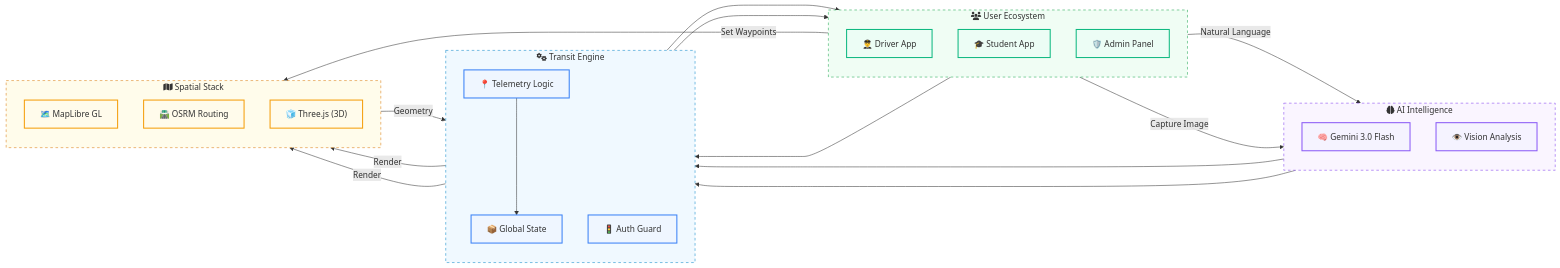
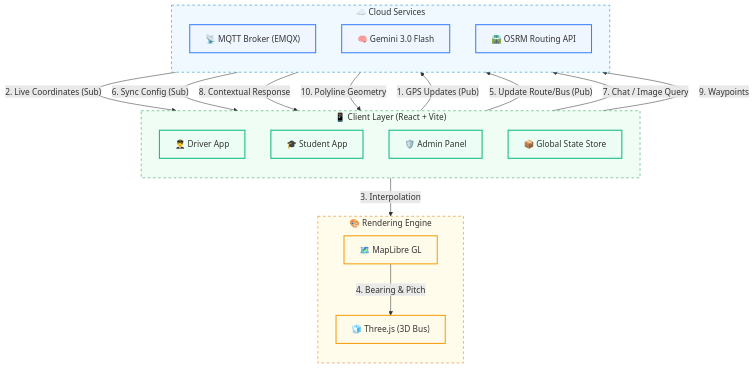
One commit to Quit4859/trackmybus changed the diagram in README.md. Above: the diagram before and after it, drawn with Mermaid. The commit also changed other lines of this file and 3 other files, not shown here.

First line of the commit message:
feat: Refactor MapLibre GL configuration and error boundary

````diff
--- a/README.md
+++ b/README.md
@@ -19,59 +20,55 @@
 ```mermaid
-graph LR
+graph TD
     %% Definitions
-    subgraph Users ["fa:fa-users User Ecosystem"]
+    subgraph Clients ["📱 Client Layer (React + Vite)"]
         direction TB
         Driver["👨‍✈️ Driver App"]
         Student["🎓 Student App"]
         Admin["🛡️ Admin Panel"]
+        State["📦 Global State Store"]
     end
 
-    subgraph Core ["fa:fa-gears Transit Engine"]
+    subgraph Cloud ["☁️ Cloud Services"]
         direction TB
-        State["📦 Global State"]
-        GPS["📍 Telemetry Logic"]
-        Router["🚦 Auth Guard"]
+        MQTT["📡 MQTT Broker (EMQX)"]
+        Gemini["🧠 Gemini 3.0 Flash"]
+        OSRM["🛣️ OSRM Routing API"]
     end
 
-    subgraph AI_Services ["fa:fa-brain AI Intelligence"]
+    subgraph Visualization ["🎨 Rendering Engine"]
         direction TB
-        Gemini["🧠 Gemini 3.0 Flash"]
-        Vision["👁️ Vision Analysis"]
+        MapLibre["🗺️ MapLibre GL"]
+        ThreeJS["🧊 Three.js (3D Bus)"]
     end
 
-    subgraph Mapping ["fa:fa-map Spatial Stack"]
-        direction TB
-        MapLibre["🗺️ MapLibre GL"]
-        OSRM["🛣️ OSRM Routing"]
-        ThreeJS["🧊 Three.js (3D)"]
-    end
+    %% Real-time Telemetry Flow
+    Driver -- "1. GPS Updates (Pub)" --> MQTT
+    MQTT -- "2. Live Coordinates (Sub)" --> State
+    State -- "3. Interpolation" --> MapLibre
+    MapLibre -- "4. Bearing & Pitch" --> ThreeJS
 
-    %% Connections
-    Driver ----> GPS
-    GPS ----> State
-    State ----> Student & Admin
-    
-    Student -- "Natural Language" --> Gemini
-    Student -- "Capture Image" --> Vision
-    Vision & Gemini ----> State
+    %% Admin & Configuration Flow
+    Admin -- "5. Update Route/Bus (Pub)" --> MQTT
+    MQTT -- "6. Sync Config (Sub)" --> State
 
-    Admin -- "Set Waypoints" --> OSRM
-    OSRM -- "Geometry" --> State
-    State -- "Render" --> MapLibre & ThreeJS
+    %% AI Assistance Flow
+    Student -- "7. Chat / Image Query" --> Gemini
+    Gemini -- "8. Contextual Response" --> Student
+
+    %% Routing Flow
+    Admin -- "9. Waypoints" --> OSRM
+    OSRM -- "10. Polyline Geometry" --> State
 
     %% Styling
-    classDef userNode fill:#ecfdf5,stroke:#10b981,stroke-width:2px;
-    classDef coreNode fill:#eff6ff,stroke:#3b82f6,stroke-width:2px;
-    classDef aiNode fill:#f5f3ff,stroke:#8b5cf6,stroke-width:2px;
-    classDef mapNode fill:#fffbeb,stroke:#f59e0b,stroke-width:2px;
+    classDef clientNode fill:#ecfdf5,stroke:#10b981,stroke-width:2px;
+    classDef cloudNode fill:#eff6ff,stroke:#3b82f6,stroke-width:2px;
+    classDef vizNode fill:#fffbeb,stroke:#f59e0b,stroke-width:2px;
 
-    class Driver,Student,Admin userNode;
-    class State,GPS,Router coreNode;
-    class Gemini,Vision aiNode;
-    class MapLibre,OSRM,ThreeJS mapNode;
+    class Driver,Student,Admin,State clientNode;
+    class MQTT,Gemini,OSRM cloudNode;
+    class MapLibre,ThreeJS vizNode;
 
-    style Users fill:#f0fdf4,stroke:#16a34a,stroke-dasharray: 5 5
-    style Core fill:#f0f9ff,stroke:#0284c7,stroke-dasharray: 5 5
-    style AI_Services fill:#faf5ff,stroke:#7c3aed,stroke-dasharray: 5 5
-    style Mapping fill:#fffceb,stroke:#d97706,stroke-dasharray: 5 5
+    style Clients fill:#f0fdf4,stroke:#16a34a,stroke-dasharray: 5 5
+    style Cloud fill:#f0f9ff,stroke:#0284c7,stroke-dasharray: 5 5
+    style Visualization fill:#fffceb,stroke:#d97706,stroke-dasharray: 5 5
 ```
````
